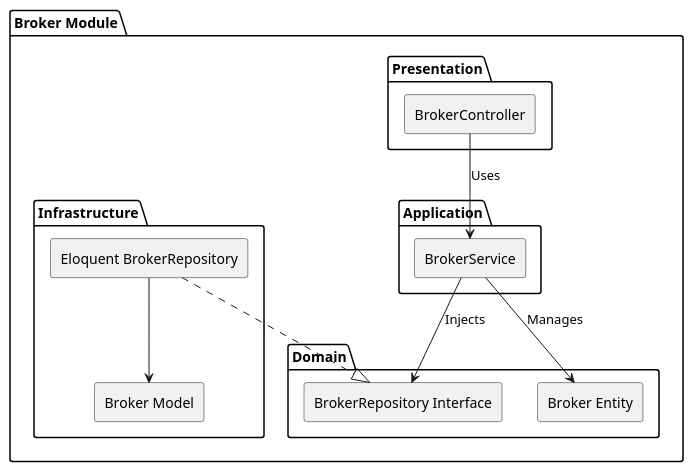
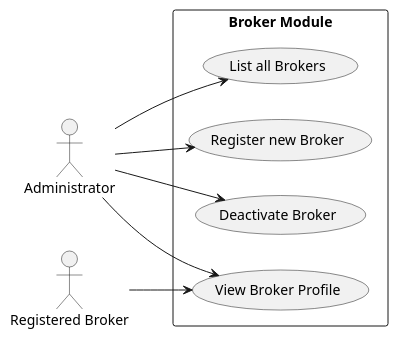
One commit to primachs/Tantrade-b2b-platform changed the second of 2 diagrams in Backend/docs/architecture/market-governance-context/broker-module.md. Above: the diagram before and after it, drawn with PlantUML. The commit also changed other lines of this file and 15 other files, not shown here.

````diff
--- a/Backend/docs/architecture/market-governance-context/broker-module.md
+++ b/Backend/docs/architecture/market-governance-context/broker-module.md
@@ -7,32 +108,23 @@
 ```plantuml
-@startuml Broker_Module
-skinparam componentStyle rectangle
+@startuml Broker_Module_Use_Cases
+left to right direction
+skinparam packageStyle rectangle
 
-package "Broker Module" {
-  package "Presentation" {
-    [BrokerController]
-  }
-  
-  package "Application" {
-    [BrokerService]
-  }
-  
-  package "Domain" {
-    [Broker Entity]
-    [BrokerRepository Interface]
-  }
-  
-  package "Infrastructure" {
-    [Eloquent BrokerRepository]
-    [Broker Model]
-  }
+actor "Administrator" as Admin
+actor "Registered Broker" as Broker
+
+rectangle "Broker Module" {
+  usecase "Register new Broker" as UC1
+  usecase "Deactivate Broker" as UC2
+  usecase "View Broker Profile" as UC3
+  usecase "List all Brokers" as UC4
 }
 
-[BrokerController] --> [BrokerService] : Uses
-[BrokerService] --> [Broker Entity] : Manages
-[BrokerService] --> [BrokerRepository Interface] : Injects
-[Eloquent BrokerRepository] ..|> [BrokerRepository Interface]
-[Eloquent BrokerRepository] --> [Broker Model]
+Admin --> UC1
+Admin --> UC2
+Admin --> UC4
+Admin --> UC3
 
+Broker --> UC3
 @enduml
 ```
````
